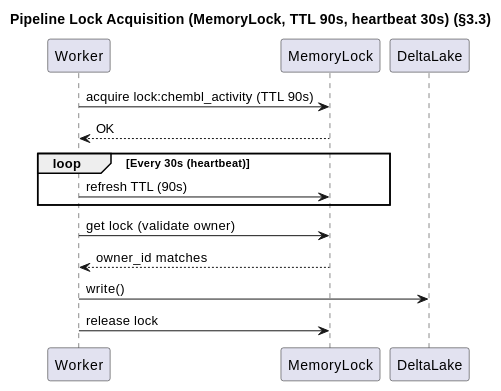
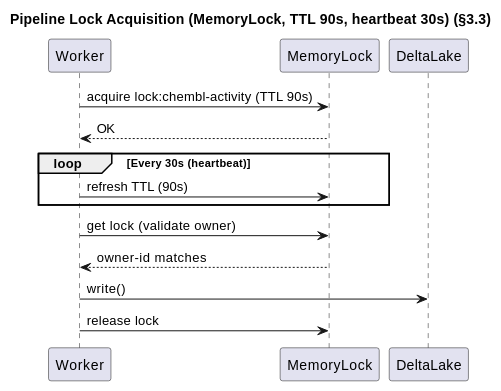
Before and after one commit to SatoryKono/BioactivityDataAcquisition: the fourth of 4 diagrams in docs/02-architecture/diagrams/00-diagramming-policy.md, drawn with PlantUML. The commit also changed other lines of this file and 311 other files, not shown here.

````diff
--- a/docs/02-architecture/diagrams/00-diagramming-policy.md
+++ b/docs/02-architecture/diagrams/00-diagramming-policy.md
@@ -238,23 +238,23 @@
 ```plantuml
 @startuml
 title Pipeline Lock Acquisition (MemoryLock, TTL 90s, heartbeat 30s) (§3.3)
 
 participant Worker
 participant MemoryLock
 participant DeltaLake
 
-Worker -> MemoryLock: acquire lock:chembl_activity (TTL 90s)
+Worker -> MemoryLock: acquire lock:chembl-activity (TTL 90s)
 MemoryLock --> Worker: OK
 
 loop Every 30s (heartbeat)
     Worker -> MemoryLock: refresh TTL (90s)
 end
 
 Worker -> MemoryLock: get lock (validate owner)
-MemoryLock --> Worker: owner_id matches
+MemoryLock --> Worker: owner-id matches
 
 Worker -> DeltaLake: write()
 
 Worker -> MemoryLock: release lock
 @enduml
 ```
````
